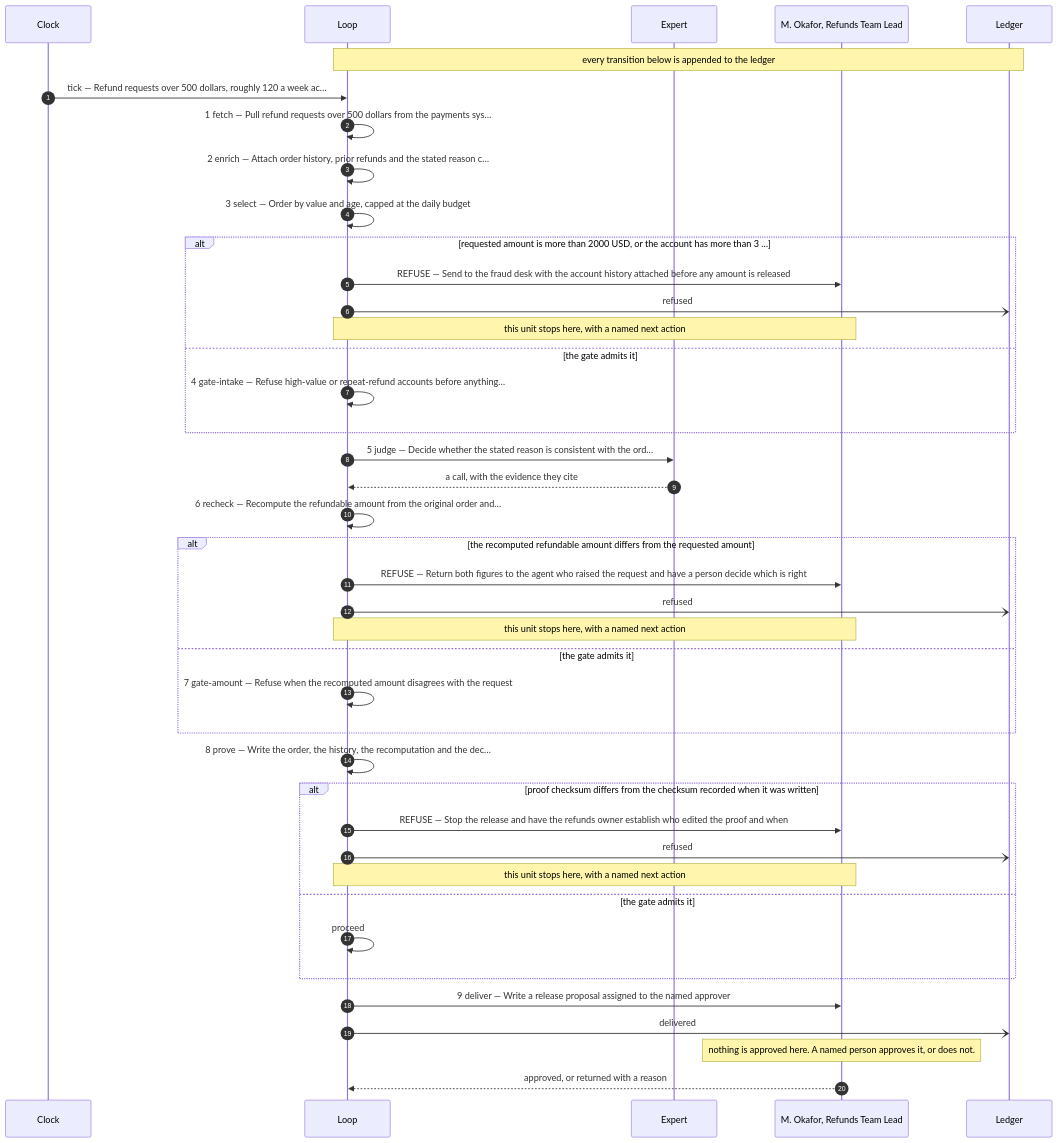
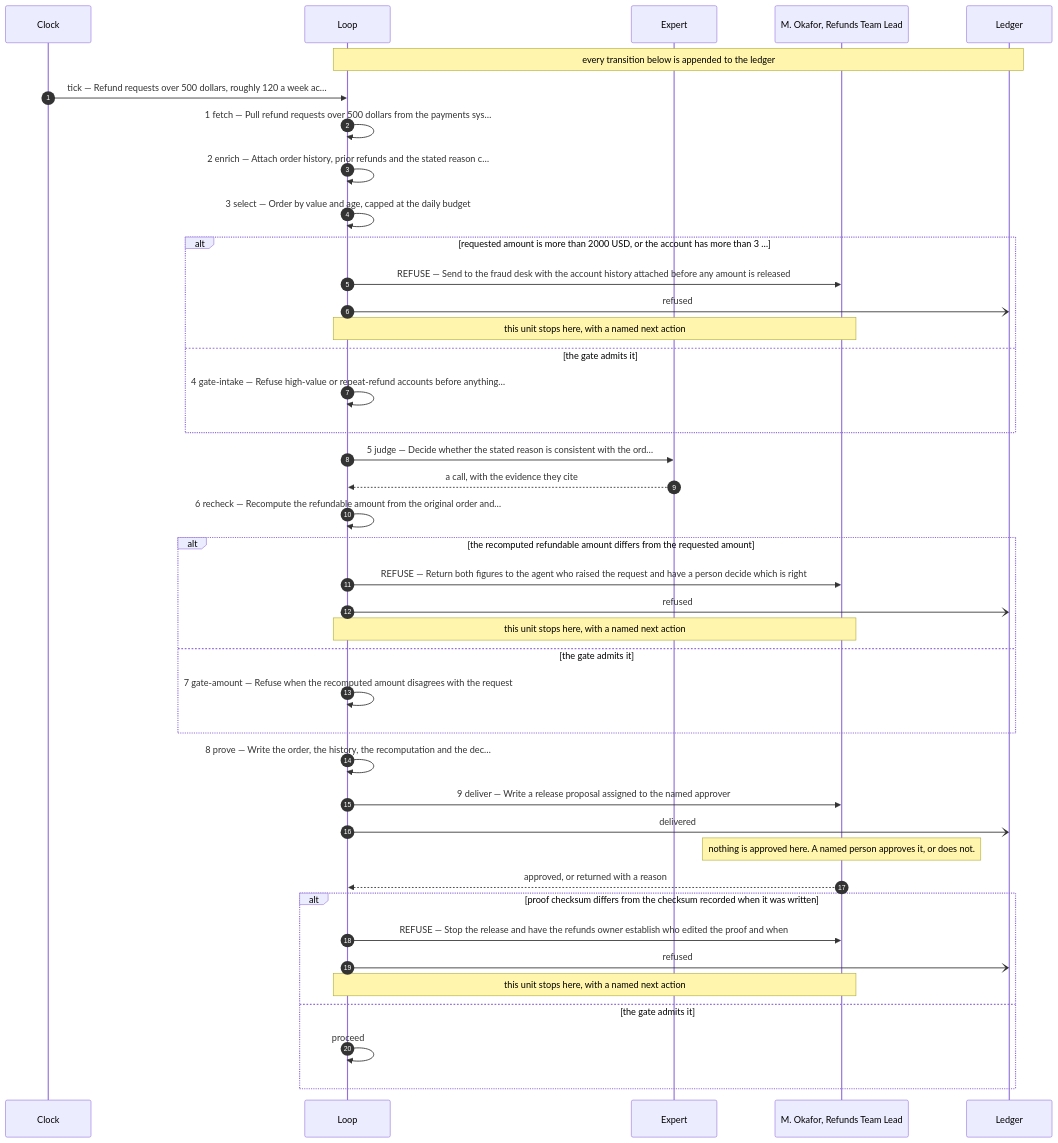
The diagram in course/workshop/loops/refunds/DESIGN.md (TheChrisOneil/agentic-loop), drawn with Mermaid before and after one commit. The commit also changed other lines of this file and 9 other files, not shown here.

````diff
--- a/course/workshop/loops/refunds/DESIGN.md
+++ b/course/workshop/loops/refunds/DESIGN.md
@@ -20,47 +20,47 @@
 ```mermaid
 %% Generated by render.sh from the design. Do not edit by hand —
 %% edit the design and render again. This diagram cannot disagree with it.
 sequenceDiagram
     autonumber
     participant C as Clock
     participant L as Loop
     participant X as Expert
     participant H as M. Okafor, Refunds Team Lead
     participant G as Ledger
 
     Note over L,G: every transition below is appended to the ledger
     C->>L: tick — Refund requests over 500 dollars, roughly 120 a week ac…
 
     L->>L: 1 fetch — Pull refund requests over 500 dollars from the payments sys…
     L->>L: 2 enrich — Attach order history, prior refunds and the stated reason c…
     L->>L: 3 select — Order by value and age, capped at the daily budget
     alt requested amount is more than 2000 USD, or the account has more than 3 …
         L->>H: REFUSE — Send to the fraud desk with the account history attached before any amount is released
         L-)G: refused
         Note over L,H: this unit stops here, with a named next action
     else the gate admits it
         L->>L: 4 gate-intake — Refuse high-value or repeat-refund accounts before anything…
     end
     L->>X: 5 judge — Decide whether the stated reason is consistent with the ord…
     X-->>L: a call, with the evidence they cite
     L->>L: 6 recheck — Recompute the refundable amount from the original order and…
     alt the recomputed refundable amount differs from the requested amount
         L->>H: REFUSE — Return both figures to the agent who raised the request and have a person decide which is right
         L-)G: refused
         Note over L,H: this unit stops here, with a named next action
     else the gate admits it
         L->>L: 7 gate-amount — Refuse when the recomputed amount disagrees with the request
     end
     L->>L: 8 prove — Write the order, the history, the recomputation and the dec…
+    L->>H: 9 deliver — Write a release proposal assigned to the named approver
+    L-)G: delivered
+    Note over H: nothing is approved here. A named person approves it, or does not.
+    H-->>L: approved, or returned with a reason
     alt proof checksum differs from the checksum recorded when it was written
         L->>H: REFUSE — Stop the release and have the refunds owner establish who edited the proof and when
         L-)G: refused
         Note over L,H: this unit stops here, with a named next action
     else the gate admits it
         L->>L: proceed
     end
-    L->>H: 9 deliver — Write a release proposal assigned to the named approver
-    L-)G: delivered
-    Note over H: nothing is approved here. A named person approves it, or does not.
-    H-->>L: approved, or returned with a reason
 ```
````
